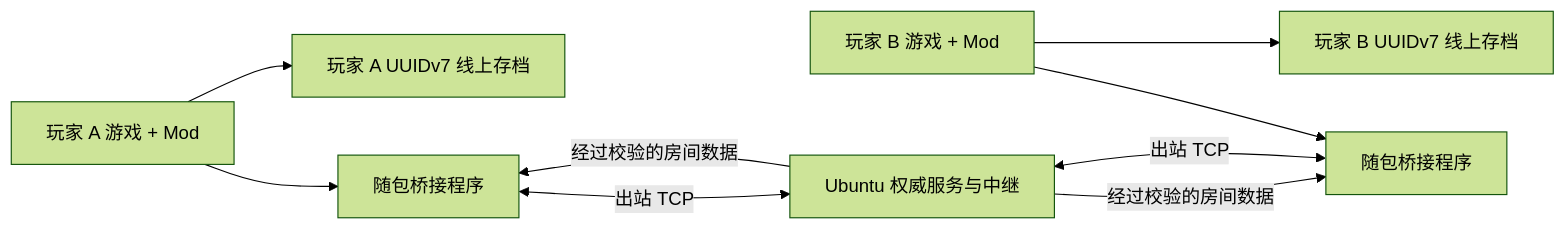
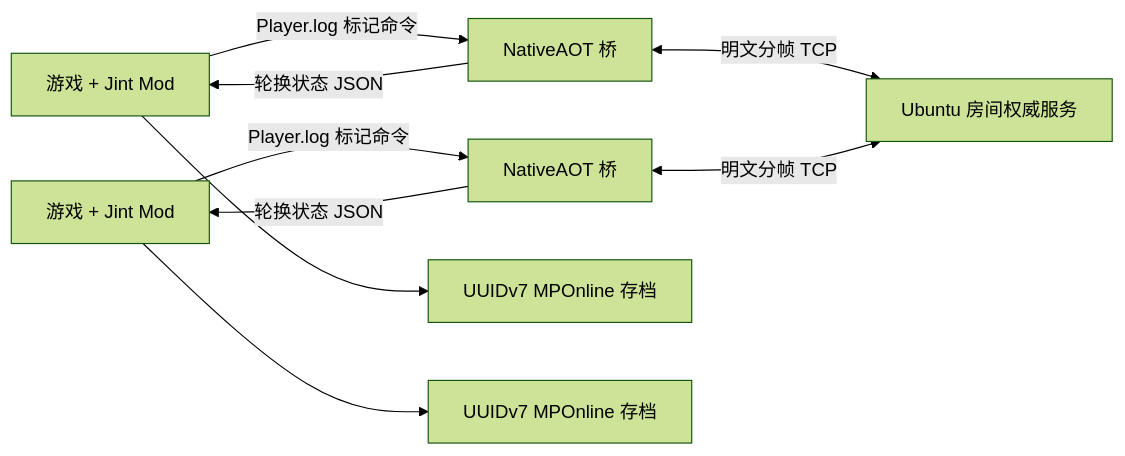
One commit to Sakura-QoQ/Multiplayer-Mod changed the first of 2 diagrams in docs/ARCHITECTURE.zh-CN.md. Above: the diagram before and after it, drawn with Mermaid (forest theme). The commit also changed other lines of this file and 45 other files, not shown here.

````diff
--- a/docs/ARCHITECTURE.zh-CN.md
+++ b/docs/ARCHITECTURE.zh-CN.md
@@ -9,11 +7,11 @@
 ```mermaid
 flowchart LR
-    PlayerA[玩家 A 游戏 + Mod] --> PlayerABridge[随包桥接程序]
-    PlayerB[玩家 B 游戏 + Mod] --> PlayerBBridge[随包桥接程序]
-    PlayerABridge <-->|出站 TCP| Server[Ubuntu 权威服务与中继]
-    PlayerBBridge <-->|出站 TCP| Server
-    PlayerA --> PlayerASave[玩家 A UUIDv7 线上存档]
-    PlayerB --> PlayerBSave[玩家 B UUIDv7 线上存档]
-    Server -->|经过校验的房间数据| PlayerABridge
-    Server -->|经过校验的房间数据| PlayerBBridge
+    GameA[游戏 + Jint Mod] -->|Player.log 标记命令| BridgeA[NativeAOT 桥]
+    BridgeA -->|轮换状态 JSON| GameA
+    GameB[游戏 + Jint Mod] -->|Player.log 标记命令| BridgeB[NativeAOT 桥]
+    BridgeB -->|轮换状态 JSON| GameB
+    BridgeA <-->|明文分帧 TCP| Server[Ubuntu 房间权威服务]
+    BridgeB <-->|明文分帧 TCP| Server
+    GameA --> SaveA[UUIDv7 MPOnline 存档]
+    GameB --> SaveB[UUIDv7 MPOnline 存档]
 ```
````
